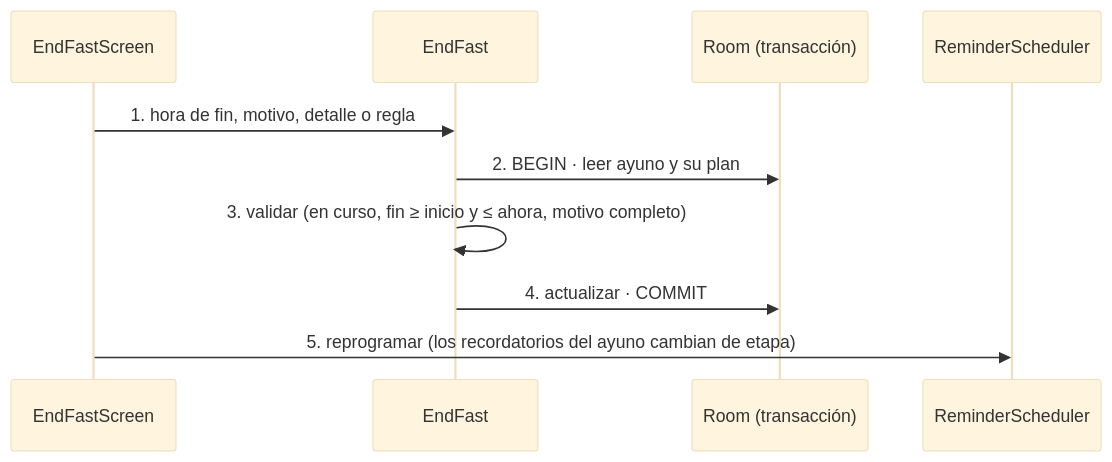
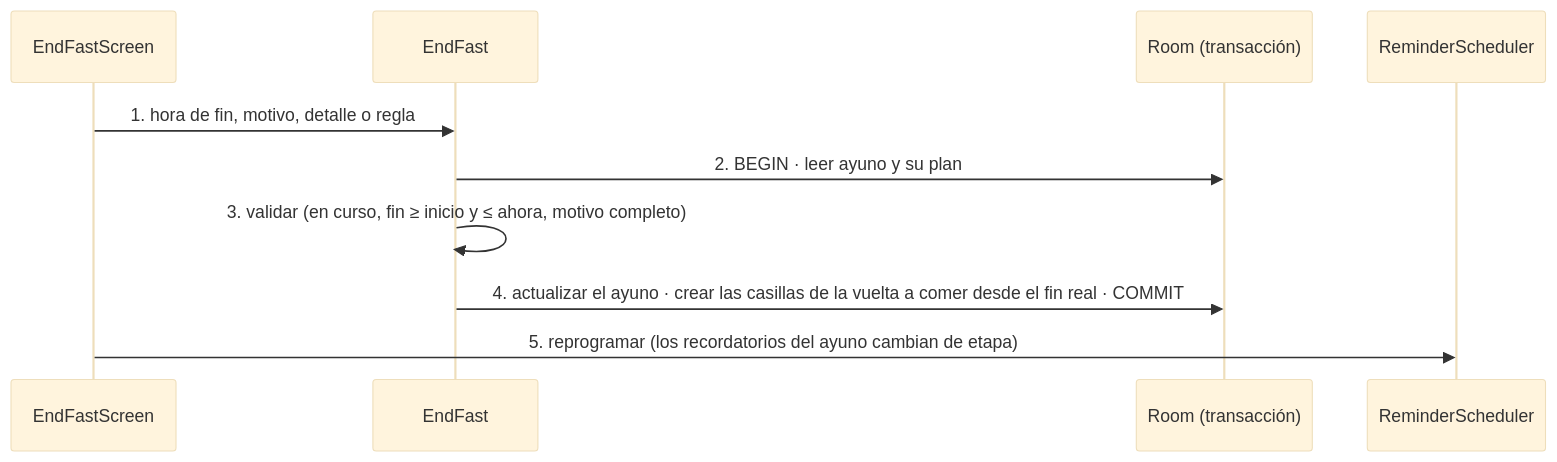
One commit to vjaeng/ayuno-app changed the diagram in specs/TRANSACCIONES-CLAVE/terminar-ayuno.md. Above: the diagram before and after it, drawn with Mermaid (base theme). The commit also changed other lines of this file and 53 other files, not shown here.

First line of the commit message:
Tanda 3: vuelta a comer, comidas e historial

````diff
--- a/specs/TRANSACCIONES-CLAVE/terminar-ayuno.md
+++ b/specs/TRANSACCIONES-CLAVE/terminar-ayuno.md
@@ -7,12 +7,12 @@
 ```mermaid
 sequenceDiagram
     participant UI as EndFastScreen
     participant UC as EndFast
     participant DB as Room (transacción)
     participant R as ReminderScheduler
     UI->>UC: 1. hora de fin, motivo, detalle o regla
     UC->>DB: 2. BEGIN · leer ayuno y su plan
     UC->>UC: 3. validar (en curso, fin ≥ inicio y ≤ ahora, motivo completo)
-    UC->>DB: 4. actualizar · COMMIT
+    UC->>DB: 4. actualizar el ayuno · crear las casillas de la vuelta a comer desde el fin real · COMMIT
     UI->>R: 5. reprogramar (los recordatorios del ayuno cambian de etapa)
 ```
````
